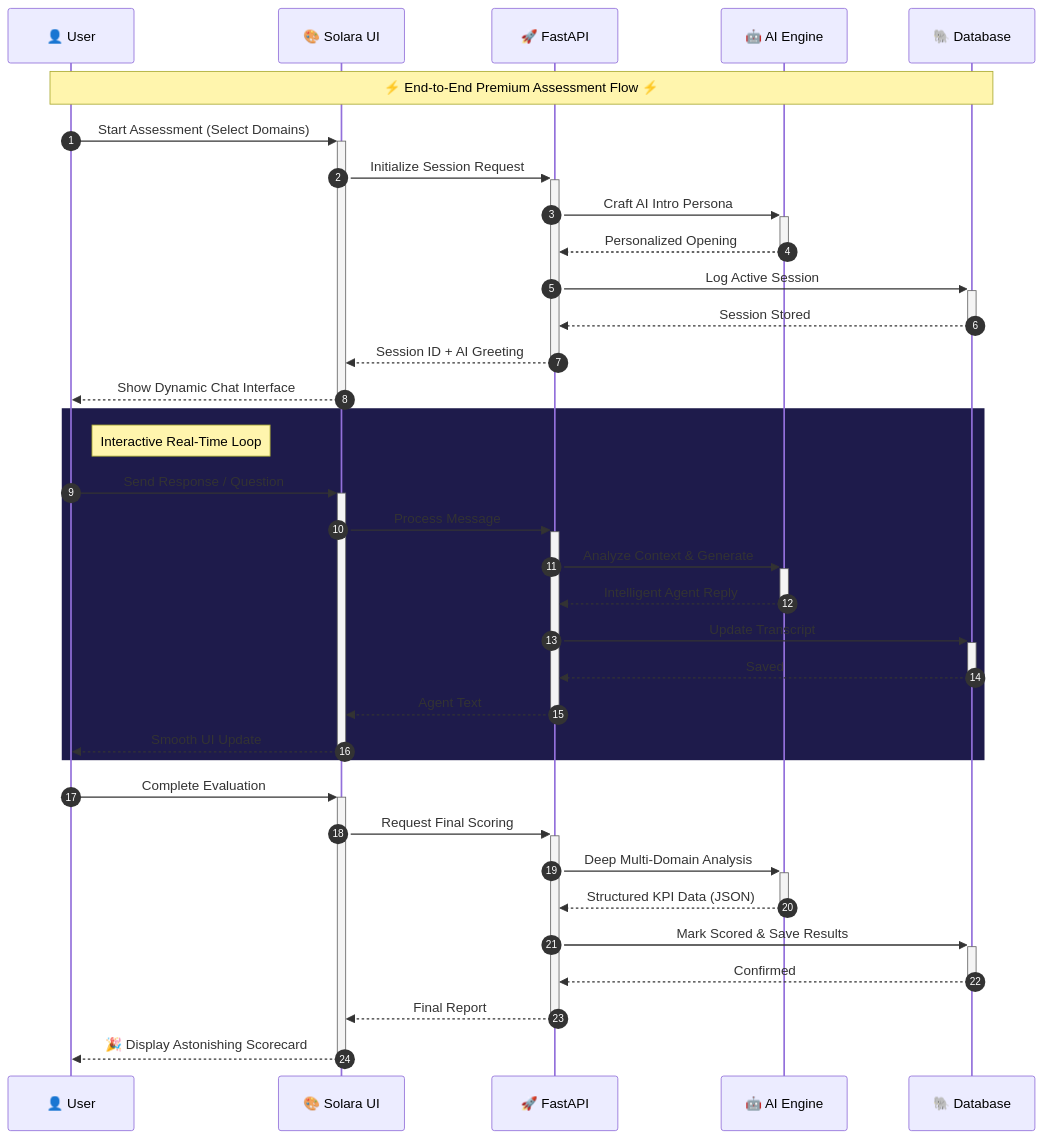
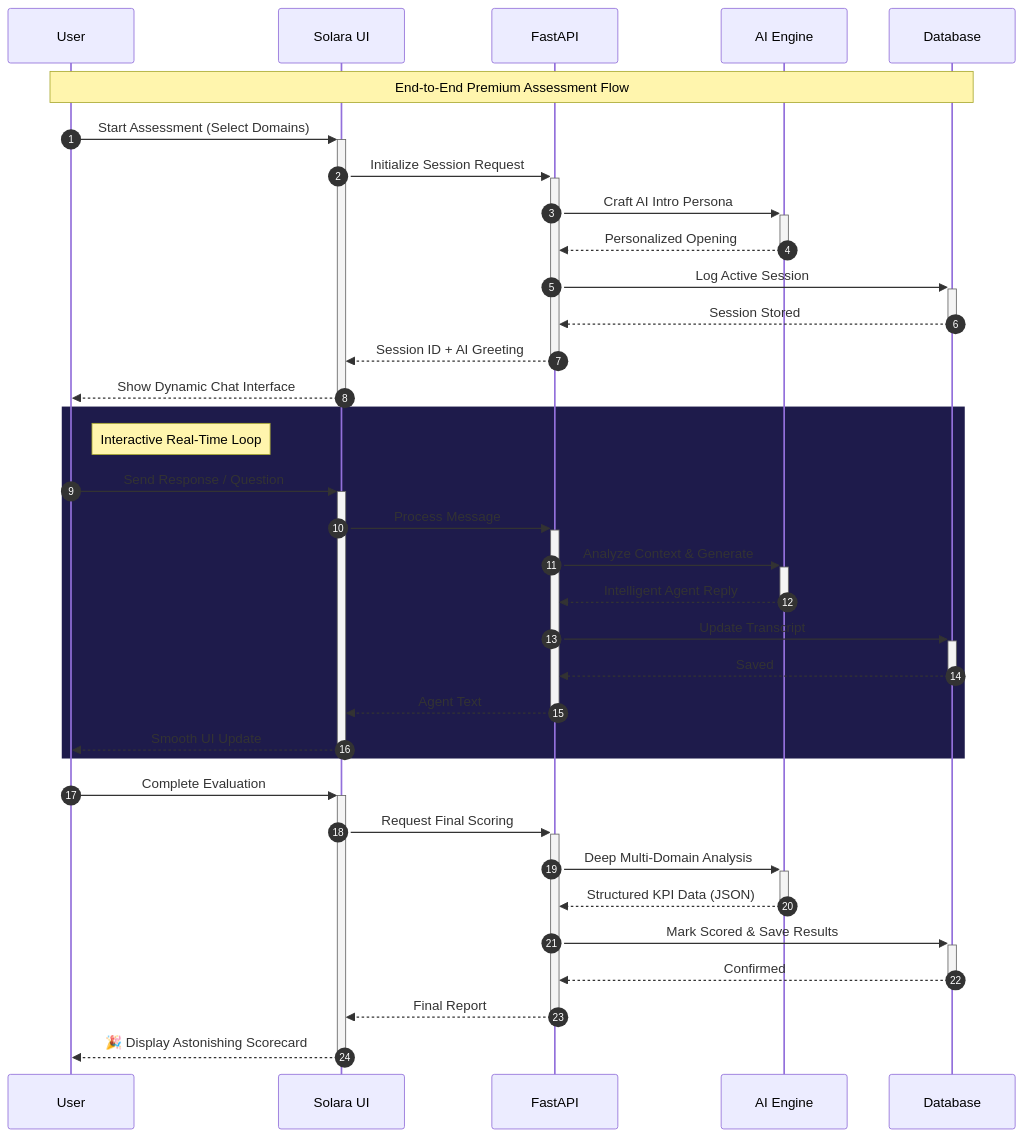
The second of 2 diagrams in README.md (keshavmishra27/BlueprintAI), drawn with Mermaid before and after one commit. The commit also changed other lines of this file and 7 other files, not shown here.

````diff
--- a/README.md
+++ b/README.md
@@ -69,43 +69,43 @@
 ```mermaid
 sequenceDiagram
     autonumber
     
     %% Premium Participants
-    participant U as 👤 User
-    participant S as 🎨 Solara UI
-    participant F as 🚀 FastAPI
-    participant A as 🤖 AI Engine
-    participant D as 🐘 Database
+    participant U as  User
+    participant S as  Solara UI
+    participant F as  FastAPI
+    participant A as  AI Engine
+    participant D as  Database
 
-    Note over U,D: ⚡ End-to-End Premium Assessment Flow ⚡
+    Note over U,D:  End-to-End Premium Assessment Flow 
 
     U->>+S: Start Assessment (Select Domains)
     S->>+F: Initialize Session Request
     F->>+A: Craft AI Intro Persona
     A-->>-F: Personalized Opening
     F->>+D: Log Active Session
     D-->>-F: Session Stored
     F-->>-S: Session ID + AI Greeting
     S-->>-U: Show Dynamic Chat Interface
 
     rect rgb(30, 27, 75)
         Note right of U: Interactive Real-Time Loop
         U->>+S: Send Response / Question
         S->>+F: Process Message
         F->>+A: Analyze Context & Generate
         A-->>-F: Intelligent Agent Reply
         F->>+D: Update Transcript
         D-->>-F: Saved
         F-->>-S: Agent Text
         S-->>-U: Smooth UI Update
     end
 
     U->>+S: Complete Evaluation
     S->>+F: Request Final Scoring
     F->>+A: Deep Multi-Domain Analysis
     A-->>-F: Structured KPI Data (JSON)
     F->>+D: Mark Scored & Save Results
     D-->>-F: Confirmed
     F-->>-S: Final Report
     S-->>-U: 🎉 Display Astonishing Scorecard
 ```
````
